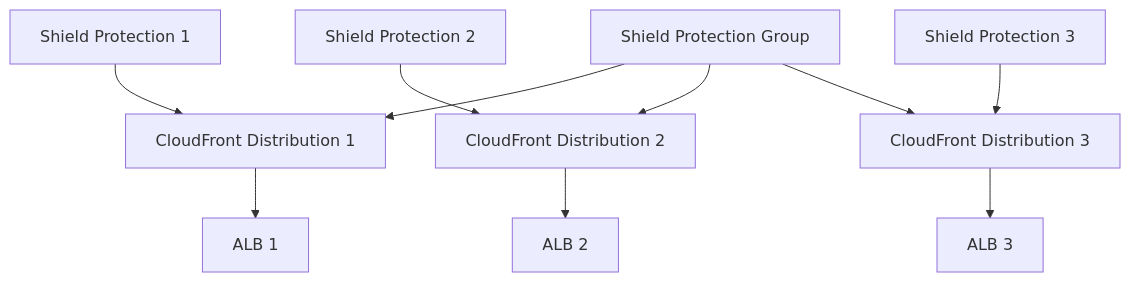
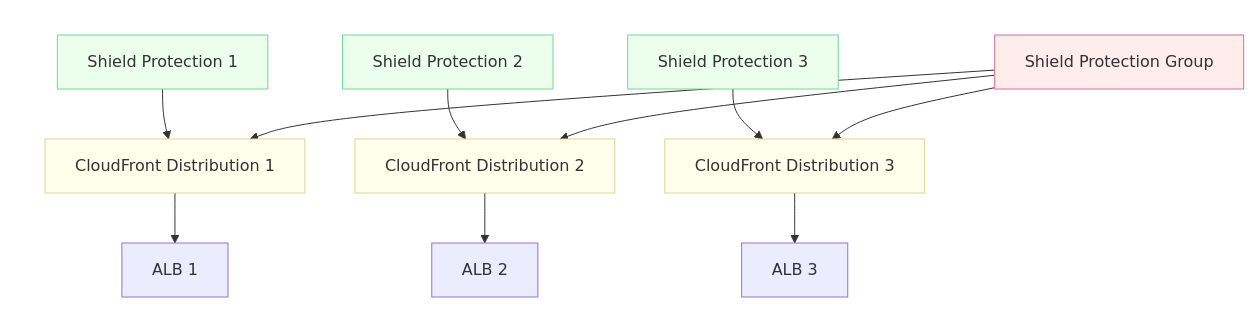
The diagram in adr/ADR-0009-shield-advanced.md (cloud-gov/product), drawn with Mermaid before and after one commit. The commit also changed other lines of this file, not shown here.

Commit message:
Use subgraphs to enforce grouping and styling to differentiate components

````diff
--- a/adr/ADR-0009-shield-advanced.md
+++ b/adr/ADR-0009-shield-advanced.md
@@ -25,10 +25,20 @@
 ```mermaid
 graph TD
-    cf1[CloudFront Distribution 1] --> alb1[ALB 1]
-    cf2[CloudFront Distribution 2] --> alb2[ALB 2]
-    cf3[CloudFront Distribution 3] --> alb3[ALB 3]
-    s1[Shield Protection 1] --> cf1
-    s2[Shield Protection 2] --> cf2
-    s3[Shield Protection 3] --> cf3
+    subgraph i["blank"]
+        style i fill:none,stroke:none,color:#fff
+        classDef s fill:#ecffec,stroke:#73d893
+        classDef cf fill:#ffffec,stroke:#d8d893
+
+        s1[Shield Protection 1]:::s --> cf1
+        cf1[CloudFront Distribution 1]:::cf --> alb1[ALB 1]
+
+        s2[Shield Protection 2]:::s --> cf2
+        cf2[CloudFront Distribution 2]:::cf --> alb2[ALB 2]
+
+        s3[Shield Protection 3]:::s --> cf3
+        cf3[CloudFront Distribution 3]:::cf --> alb3[ALB 3]
+    end
+
     sg1[Shield Protection Group] --> cf1 & cf2 & cf3
+    style sg1 fill:#ffecec,stroke:#d87393
 ```
````
